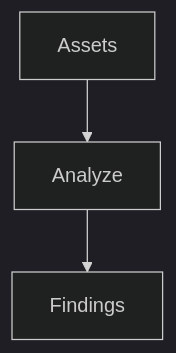
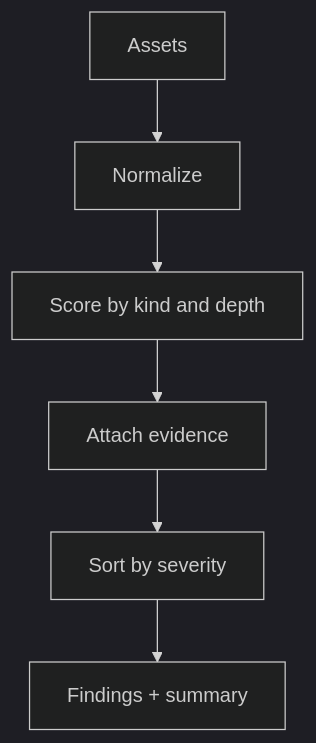
One commit to tcp-ecosystem/MAM changed the diagram in modules/examples/security-system/modules/analyzer.mam.md. Above: the diagram before and after it, drawn with Mermaid (dark theme). The commit also changed other lines of this file and 440 other files, not shown here.

````diff
--- a/modules/examples/security-system/modules/analyzer.mam.md
+++ b/modules/examples/security-system/modules/analyzer.mam.md
@@ -57,5 +73,8 @@
 ```mermaid
 flowchart TD
-    A[Assets] --> B[Analyze]
-    B --> C[Findings]
+    A[Assets] --> B[Normalize]
+    B --> C[Score by kind and depth]
+    C --> D[Attach evidence]
+    D --> E[Sort by severity]
+    E --> F[Findings + summary]
 ```
````
